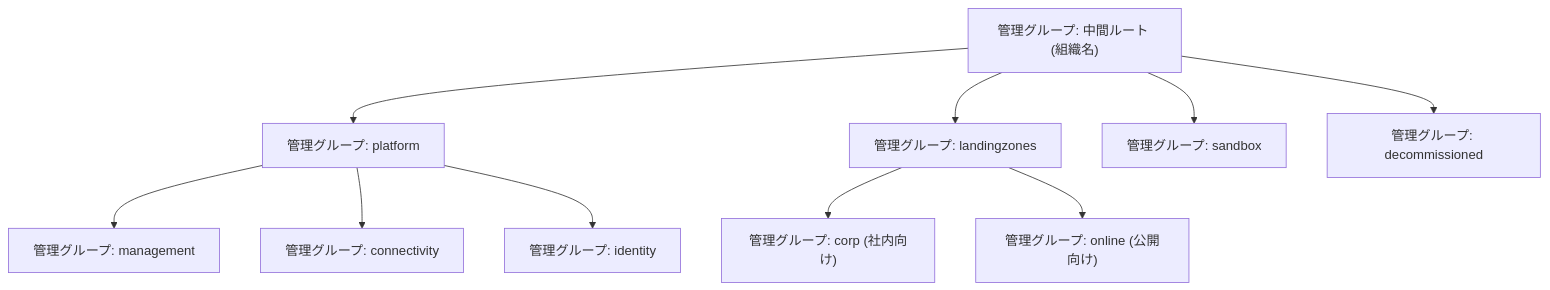
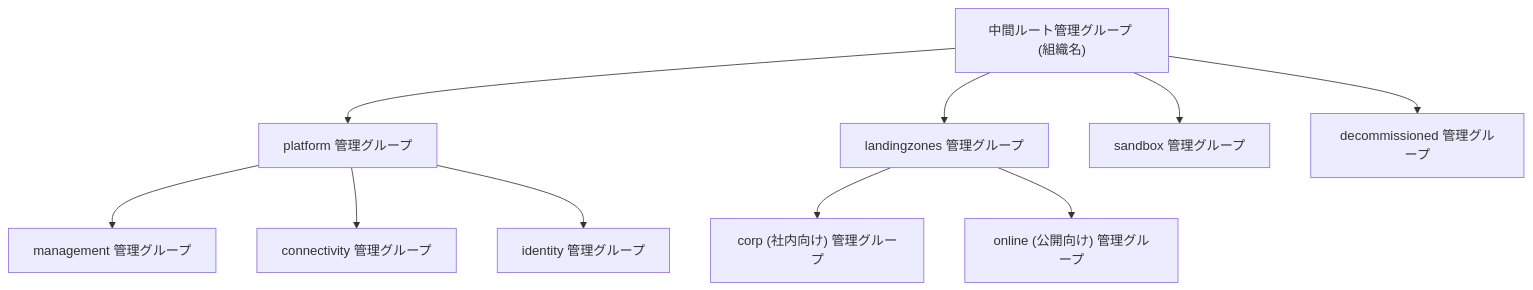
The diagram in manuscript/part5/21-caf-and-landing-zone.md (engineers-hub-ltd-in-house-project/azure-practice), drawn with Mermaid before and after one commit. The commit also changed 2 other files, not shown here.

Commit message:
docs: 図のノードの種類表記を「名前 + 種類」の後置形式に統一する
「管理グループ: prod」より「prod (本番) 管理グループ」のほうが日本語として
自然という指摘に従い、第2章と第21章の階層図と規約の例示を後置形式に揃えた。

````diff
--- a/manuscript/part5/21-caf-and-landing-zone.md
+++ b/manuscript/part5/21-caf-and-landing-zone.md
@@ -26,13 +26,13 @@
 ```mermaid
 flowchart TB
-  R["管理グループ: 中間ルート (組織名)"]
-  R --> P["管理グループ: platform"]
-  R --> L["管理グループ: landingzones"]
-  R --> S["管理グループ: sandbox"]
-  R --> D["管理グループ: decommissioned"]
-  P --> PM["管理グループ: management"]
-  P --> PC["管理グループ: connectivity"]
-  P --> PI["管理グループ: identity"]
-  L --> LC["管理グループ: corp (社内向け)"]
-  L --> LO["管理グループ: online (公開向け)"]
+  R["中間ルート管理グループ (組織名)"]
+  R --> P["platform 管理グループ"]
+  R --> L["landingzones 管理グループ"]
+  R --> S["sandbox 管理グループ"]
+  R --> D["decommissioned 管理グループ"]
+  P --> PM["management 管理グループ"]
+  P --> PC["connectivity 管理グループ"]
+  P --> PI["identity 管理グループ"]
+  L --> LC["corp (社内向け) 管理グループ"]
+  L --> LO["online (公開向け) 管理グループ"]
 ```
````
